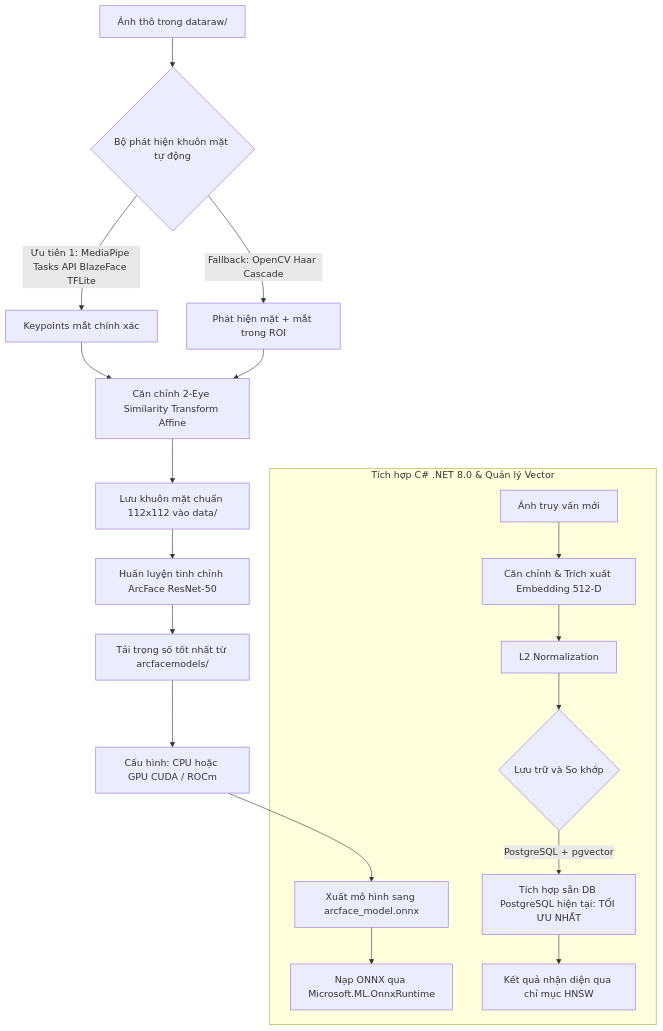
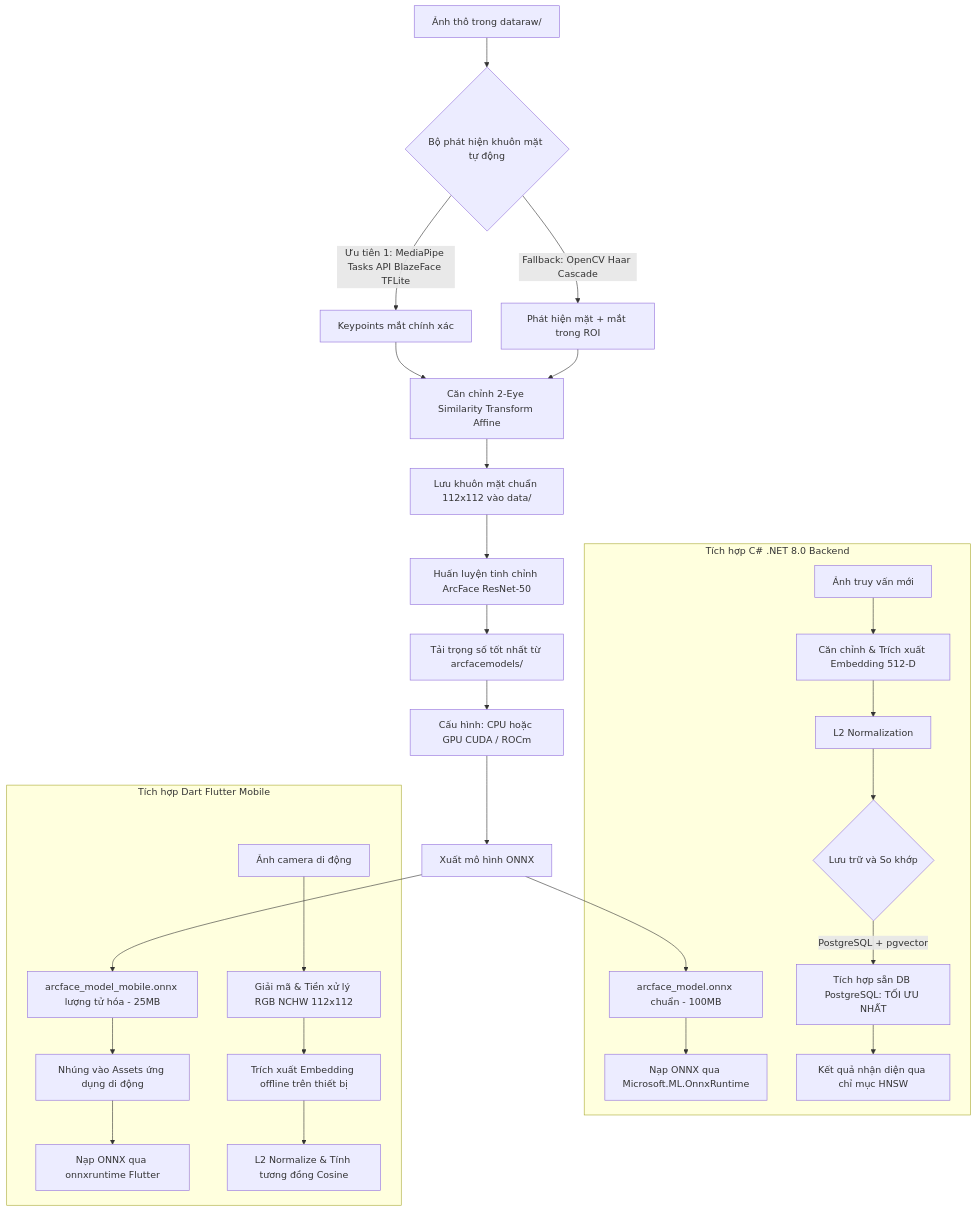
One commit to badpaybad/a.i-assistant-chatbot-telegram-serverles changed the first of 2 diagrams in TreeOfThought/docs/nhan-dien-khuon-mat/ArcFaceFinetune/howtodo.md. Above: the diagram before and after it, drawn with Mermaid. The commit also changed other lines of this file and 3 other files, not shown here.

Commit message:
.onnx finetune arcface

````diff
--- a/TreeOfThought/docs/nhan-dien-khuon-mat/ArcFaceFinetune/howtodo.md
+++ b/TreeOfThought/docs/nhan-dien-khuon-mat/ArcFaceFinetune/howtodo.md
@@ -317,23 +317,34 @@
 ```mermaid
 graph TD
     A[Ảnh thô trong dataraw/] --> B{Bộ phát hiện khuôn mặt tự động}
     B -- Ưu tiên 1: MediaPipe Tasks API BlazeFace TFLite --> C1[Keypoints mắt chính xác]
     B -- Fallback: OpenCV Haar Cascade --> C2[Phát hiện mặt + mắt trong ROI]
     C1 --> D[Căn chỉnh 2-Eye Similarity Transform Affine]
     C2 --> D
     D --> E[Lưu khuôn mặt chuẩn 112x112 vào data/]
     
     E --> F[Huấn luyện tinh chỉnh ArcFace ResNet-50]
     F --> G[Tải trọng số tốt nhất từ arcfacemodels/]
     G --> H[Cấu hình: CPU hoặc GPU CUDA / ROCm]
-    H --> I[Xuất mô hình sang arcface_model.onnx]
+    H --> I[Xuất mô hình ONNX]
     
-    subgraph Tích hợp C# .NET 8.0 & Quản lý Vector
-        I --> J[Nạp ONNX qua Microsoft.ML.OnnxRuntime]
+    I --> I1[arcface_model.onnx chuẩn - 100MB]
+    I --> I2[arcface_model_mobile.onnx lượng tử hóa - 25MB]
+    
+    subgraph Tích hợp C# .NET 8.0 Backend
+        I1 --> J[Nạp ONNX qua Microsoft.ML.OnnxRuntime]
         K[Ảnh truy vấn mới] --> L[Căn chỉnh & Trích xuất Embedding 512-D]
         L --> M[L2 Normalization]
         M --> N{Lưu trữ và So khớp}
-        N -- PostgreSQL + pgvector --> R[Tích hợp sẵn DB PostgreSQL hiện tại: TỐI ƯU NHẤT]
+        N -- PostgreSQL + pgvector --> R[Tích hợp sẵn DB PostgreSQL: TỐI ƯU NHẤT]
         R --> Q[Kết quả nhận diện qua chỉ mục HNSW]
     end
+    
+    subgraph Tích hợp Dart Flutter Mobile
+        I2 --> F1[Nhúng vào Assets ứng dụng di động]
+        F1 --> F2[Nạp ONNX qua onnxruntime Flutter]
+        F3[Ảnh camera di động] --> F4[Giải mã & Tiền xử lý RGB NCHW 112x112]
+        F4 --> F5[Trích xuất Embedding offline trên thiết bị]
+        F5 --> F6[L2 Normalize & Tính tương đồng Cosine]
+    end
 ```
````
